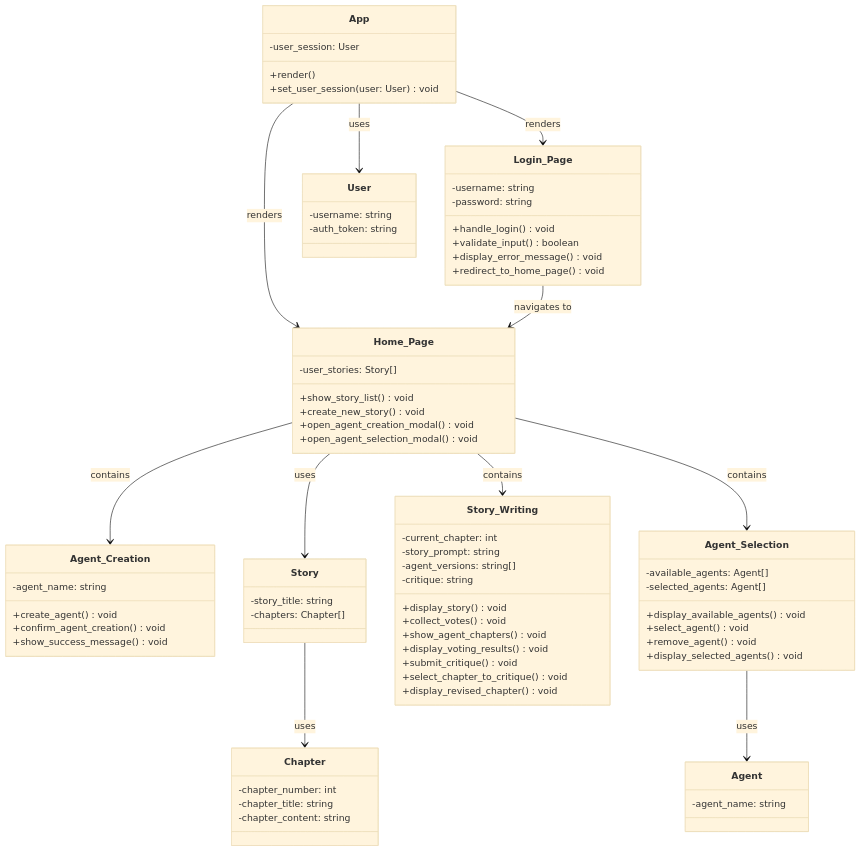
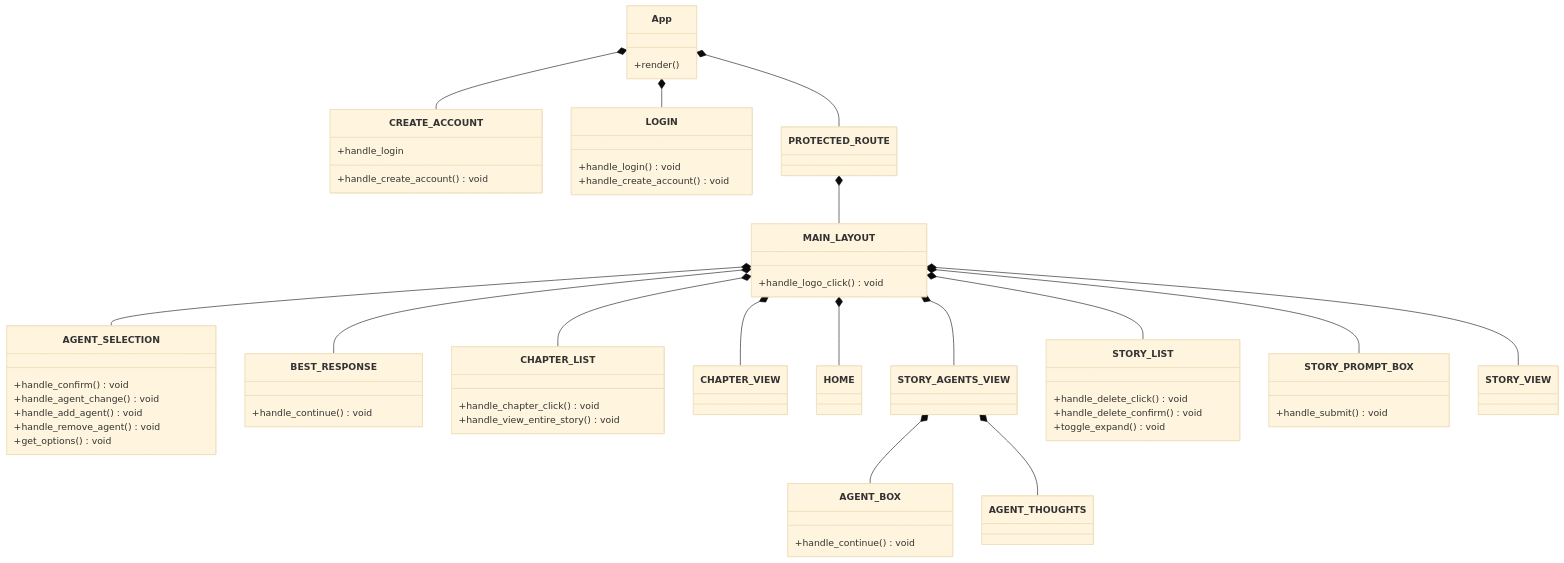
One commit to Capstone-Projects-2025-Spring/project-003-story-builder-team-1 changed the first of 2 diagrams in documentation/docs/system-architecture/class-diagrams.md. Above: the diagram before and after it, drawn with Mermaid (base theme). The commit also changed other lines of this file, not shown here.

First line of the commit message:
Update class-diagrams.md

````diff
--- a/documentation/docs/system-architecture/class-diagrams.md
+++ b/documentation/docs/system-architecture/class-diagrams.md
@@ -8,87 +8,92 @@
 ```mermaid
   classDiagram
-  direction TB
     class App {
-        -user_session: User
         +render()
-        +set_user_session(user: User) void
     }
 
-    class Login_Page {
-        -username: string
-        -password: string
-        +handle_login() void
-        +validate_input() boolean
-        +display_error_message() void
-        +redirect_to_home_page() void
+    class AGENT_BOX {
+        +handle_continue() void
     }
 
-    class Home_Page {
-        -user_stories: Story[]
-        +show_story_list() void
-        +create_new_story() void
-        +open_agent_creation_modal() void
-        +open_agent_selection_modal() void
+    class AGENT_SELECTION {
+        +handle_confirm() void
+        +handle_agent_change() void
+        +handle_add_agent() void
+        +handle_remove_agent() void
+        +get_options() void
     }
 
-    class Agent_Creation {
-        -agent_name: string
-        +create_agent() void
-        +confirm_agent_creation() void
-        +show_success_message() void
+    class AGENT_THOUGHTS {
+
     }
 
-    class Agent_Selection {
-        -available_agents: Agent[]
-        -selected_agents: Agent[]
-        +display_available_agents() void
-        +select_agent() void
-        +remove_agent() void
-        +display_selected_agents() void
+    class BEST_RESPONSE {
+        +handle_continue() void
     }
 
-    class Story_Writing {
-        -current_chapter: int
-        -story_prompt: string
-        -agent_versions: string[]
-        -critique: string
-        +display_story() void
-        +collect_votes() void
-        +show_agent_chapters() void
-        +display_voting_results() void
-        +submit_critique() void
-        +select_chapter_to_critique() void
-        +display_revised_chapter() void
+    class CHAPTER_LIST {
+        +handle_chapter_click() void
+        +handle_view_entire_story() void
     }
 
-    class Story {
-        -story_title: string
-        -chapters: Chapter[]
+    class CHAPTER_VIEW {
+
     }
 
-    class Chapter {
-        -chapter_number: int
-        -chapter_title: string
-        -chapter_content: string
+    class CREATE_ACCOUNT {
+        +handle_create_account() void
+        +handle_login
     }
 
-    class User {
-        -username: string
-        -auth_token: string
+    class LOGIN {
+        +handle_login() void
+        +handle_create_account() void
     }
 
-    class Agent {
-        -agent_name: string
+    class HOME {
+
     }
 
-    App --> User : uses
-    App --> Login_Page : renders
-    App --> Home_Page : renders
-    Login_Page --> Home_Page : navigates to
-    Home_Page --> Story : uses
-    Story --> Chapter : uses
-    Home_Page --> Agent_Creation : contains
-    Home_Page --> Agent_Selection : contains
-    Agent_Selection --> Agent : uses
-    Home_Page --> Story_Writing : contains
+    class MAIN_LAYOUT {
+        +handle_logo_click() void
+    }
+
+    class PROTECTED_ROUTE {
+
+    }
+
+    class STORY_AGENTS_VIEW {
+
+    }
+
+    class STORY_LIST {
+        +handle_delete_click() void
+        +handle_delete_confirm() void
+        +toggle_expand() void
+    }
+
+    class STORY_PROMPT_BOX {
+        +handle_submit() void
+    }
+
+    class STORY_VIEW {
+
+    }
+
+    
+    App *-- CREATE_ACCOUNT
+    App *-- LOGIN
+    App *-- PROTECTED_ROUTE
+    PROTECTED_ROUTE *-- MAIN_LAYOUT
+    MAIN_LAYOUT *-- HOME
+    MAIN_LAYOUT *-- AGENT_SELECTION
+    MAIN_LAYOUT *-- STORY_PROMPT_BOX
+    MAIN_LAYOUT *-- STORY_AGENTS_VIEW
+    MAIN_LAYOUT *-- STORY_LIST
+    MAIN_LAYOUT *-- BEST_RESPONSE
+    MAIN_LAYOUT *-- CHAPTER_LIST
+    STORY_AGENTS_VIEW *-- AGENT_BOX
+    STORY_AGENTS_VIEW *-- AGENT_THOUGHTS
+    MAIN_LAYOUT *-- CHAPTER_VIEW
+    MAIN_LAYOUT *-- STORY_VIEW
 ```
````
